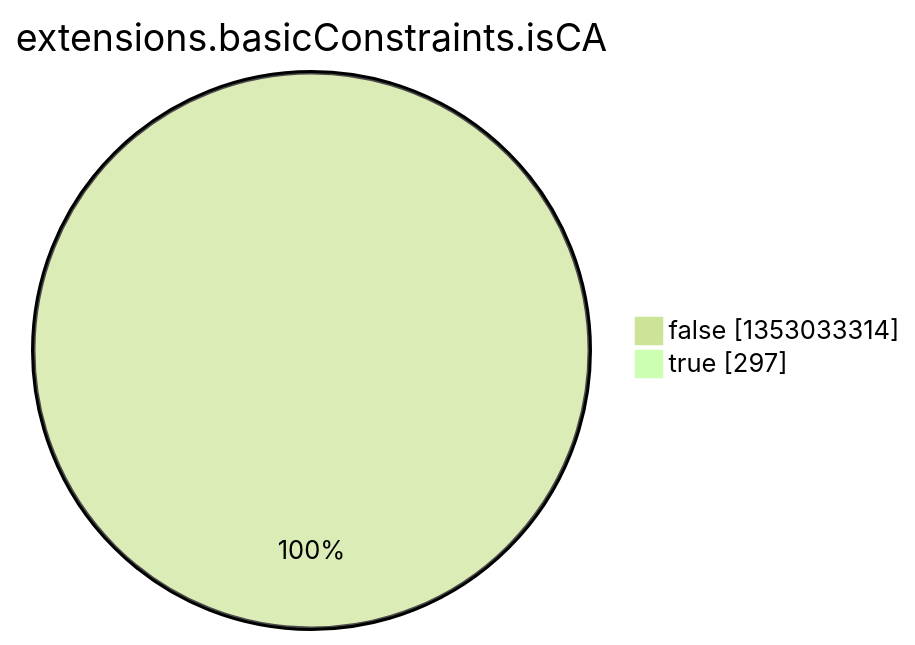
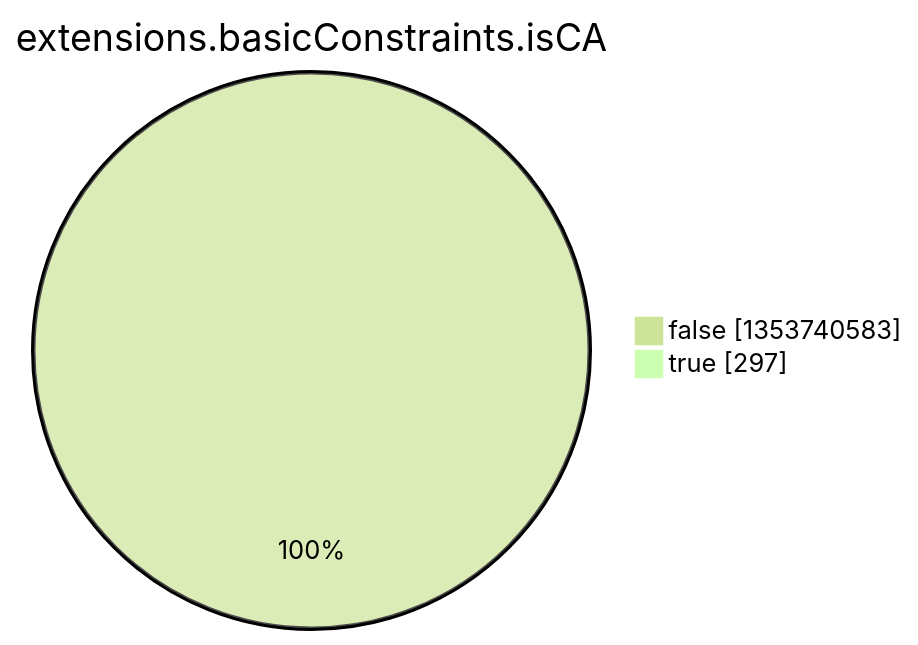
Before and after one commit to christiankrug/ctmonitor_visualization: the eighth of 15 diagrams in argon2022/README.md, drawn with Mermaid (forest theme). The commit also changed other lines of this file, not shown here.

````diff
--- a/argon2022/README.md
+++ b/argon2022/README.md
@@ -2758,6 +2758,6 @@
 ```mermaid
 pie showData
 title extensions.basicConstraints.isCA
-"false" :1353033314
+"false" :1353740583
 "true" :297
 ```
````
